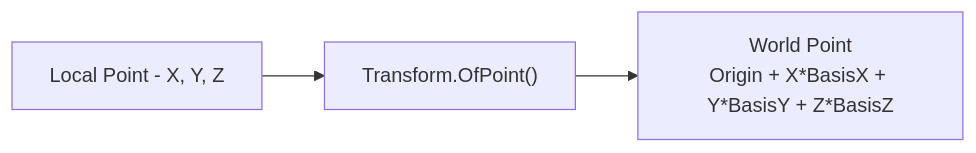
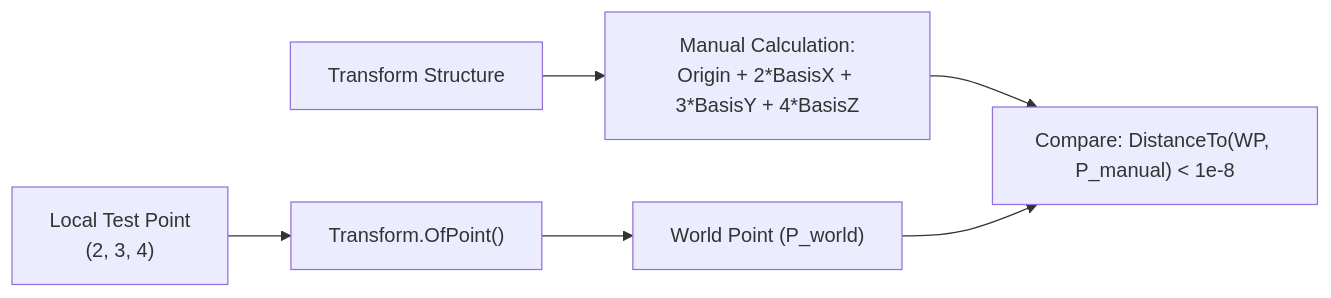
Before and after one commit to Mustafa-TOMMY/CommandSamplesRevitApiVer2025: the ninth of 21 diagrams in RevitApiSamples/Samples/TransformModule/TransformModule.md, drawn with Mermaid. The commit also changed other lines of this file, not shown here.

Commit message:
Update mermaid file

````diff
--- a/RevitApiSamples/Samples/TransformModule/TransformModule.md
+++ b/RevitApiSamples/Samples/TransformModule/TransformModule.md
@@ -364,5 +403,9 @@
 ```mermaid
 flowchart LR
-    P_LOC["Local Point - X, Y, Z"] --> OP["Transform.OfPoint()"]
-    OP --> P_WLD["World Point<br/>Origin + X*BasisX + Y*BasisY + Z*BasisZ"]
+    LP["Local Test Point<br/>(2, 3, 4)"] --> TOP["Transform.OfPoint()"]
+    TOP --> WP["World Point (P_world)"]
+
+    T["Transform Structure"] --> MAN["Manual Calculation:<br/>Origin + 2*BasisX + 3*BasisY + 4*BasisZ"]
+    MAN --> CMP["Compare: DistanceTo(WP, P_manual) < 1e-8"]
+    WP --> CMP
 ```
````
